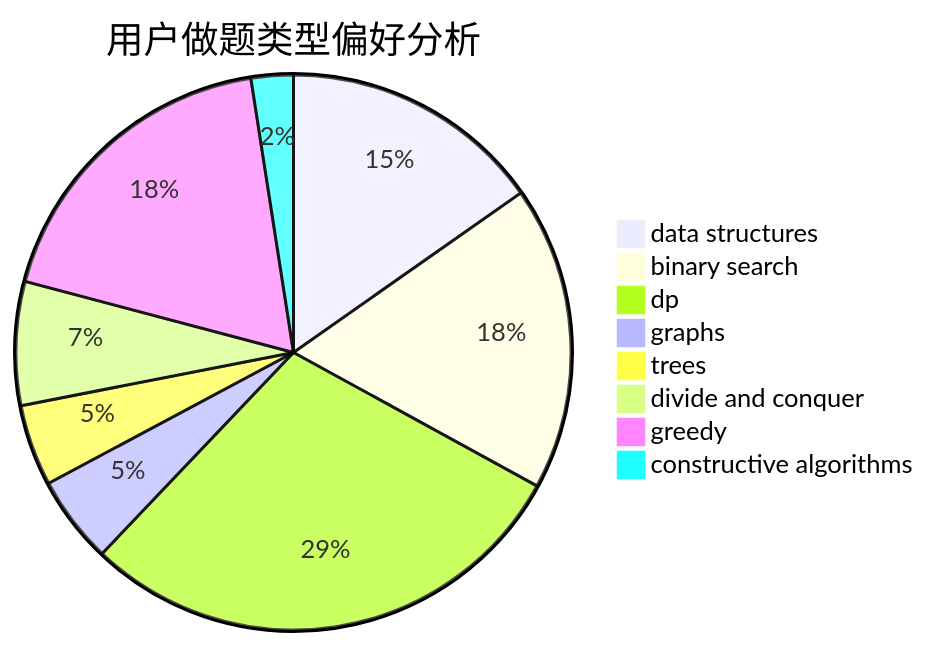
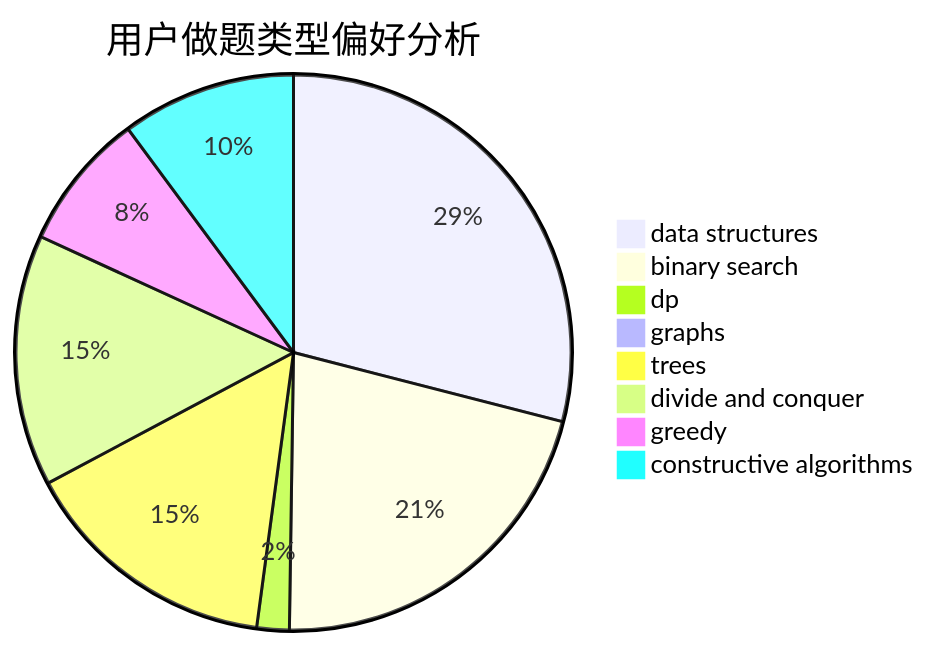
Before and after one commit to sherpahu/cfrs.github.io: the second of 3 diagrams in docs/user/u1501.md, drawn with Mermaid. The commit also changed other lines of this file and 2770 other files, not shown here.

````diff
--- a/docs/user/u1501.md
+++ b/docs/user/u1501.md
@@ -23,11 +23,11 @@
 ```mermaid
 pie title 用户做题类型偏好分析
-    "data structures" :  87
-    "binary search" :  101
-    "dp" :  166
-    "graphs" :  29
-    "trees" :  27
-    "divide and conquer" :  41
-    "greedy" :  105
-    "constructive algorithms" :  14
+    "data structures" :  123
+    "binary search" :  90
+    "dp" :  8
+    "graphs" :  2
+    "trees" :  64
+    "divide and conquer" :  62
+    "greedy" :  34
+    "constructive algorithms" :  43
 ```
````
